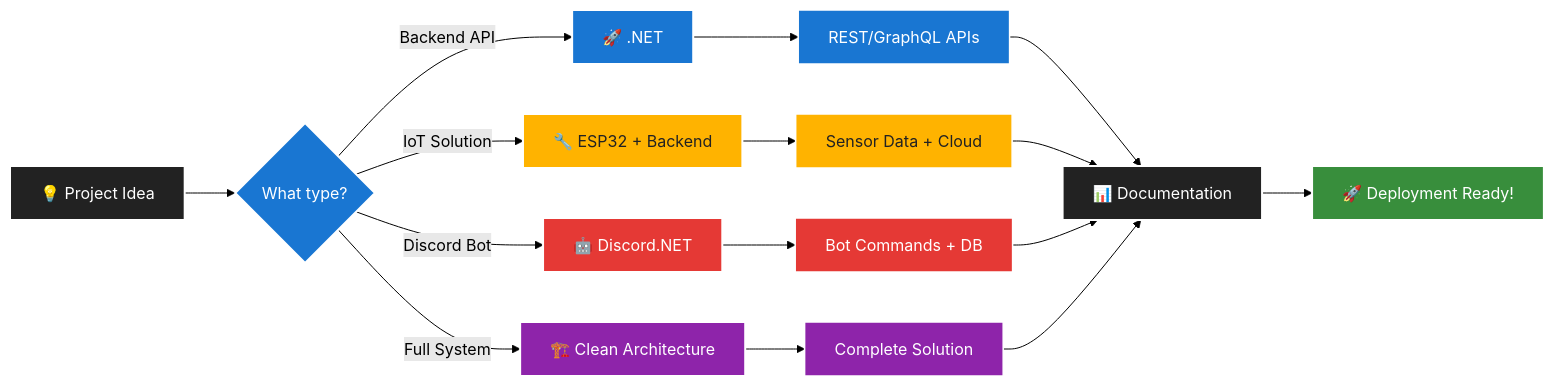
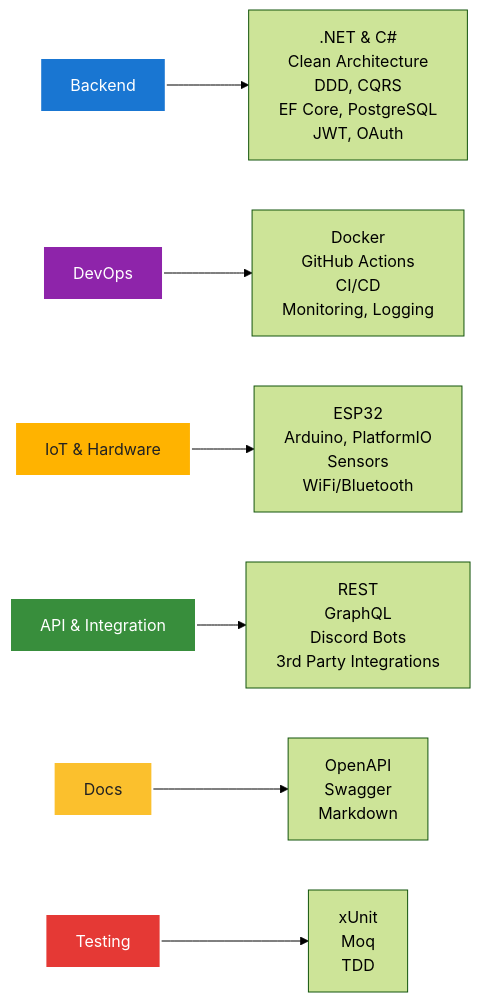
Before and after one commit to fpindej/fpindej: the second of 2 diagrams in README.md, drawn with Mermaid (forest theme). The commit also changed other lines of this file, not shown here.

````diff
--- a/README.md
+++ b/README.md
@@ -252,33 +42,21 @@
 ```mermaid
-flowchart LR
-    A[💡 Project Idea] --> B{What type?}
-    B -->|Backend API| C[🚀 .NET]
-    B -->|IoT Solution| D[🔧 ESP32 + Backend]
-    B -->|Discord Bot| E[🤖 Discord.NET]
-    B -->|Full System| F[🏗️ Clean Architecture]
-    
-    C --> G[REST/GraphQL APIs]
-    D --> H[Sensor Data + Cloud]
-    E --> I[Bot Commands + DB]
-    F --> J[Complete Solution]
-    
-    G --> K[📊 Documentation]
-    H --> K
-    I --> K
-    J --> K
-    
-    K --> L[🚀 Deployment Ready!]
-    
-    style A fill:#222,stroke:#fff,stroke-width:2px,color:#fff
-    style L fill:#388e3c,stroke:#fff,stroke-width:2px,color:#fff
-    style B fill:#1976d2,stroke:#fff,stroke-width:2px,color:#fff
-    style C fill:#1976d2,stroke:#fff,stroke-width:2px,color:#fff
-    style D fill:#ffb300,stroke:#fff,stroke-width:2px,color:#222
-    style E fill:#e53935,stroke:#fff,stroke-width:2px,color:#fff
-    style F fill:#8e24aa,stroke:#fff,stroke-width:2px,color:#fff
-    style G fill:#1976d2,stroke:#fff,stroke-width:1.5px,color:#fff
-    style H fill:#ffb300,stroke:#fff,stroke-width:1.5px,color:#222
-    style I fill:#e53935,stroke:#fff,stroke-width:1.5px,color:#fff
-    style J fill:#8e24aa,stroke:#fff,stroke-width:1.5px,color:#fff
-    style K fill:#222,stroke:#fff,stroke-width:2px,color:#fff
+graph LR
+    Backend[Backend]
+    DevOps[DevOps]
+    IoT[IoT & Hardware]
+    API[API & Integration]
+    Docs[Docs]
+    Testing[Testing]
+    Backend --> B[.NET & C#<br/>Clean Architecture<br/>DDD, CQRS<br/>EF Core, PostgreSQL<br/>JWT, OAuth]
+    DevOps --> D[Docker<br/>GitHub Actions<br/>CI/CD<br/>Monitoring, Logging]
+    IoT --> I[ESP32<br/>Arduino, PlatformIO<br/>Sensors<br/>WiFi/Bluetooth]
+    API --> A[REST<br/>GraphQL<br/>Discord Bots<br/>3rd Party Integrations]
+    Docs --> G[OpenAPI<br/>Swagger<br/>Markdown]
+    Testing --> T[xUnit<br/>Moq<br/>TDD]
+    style Backend fill:#1976d2,stroke:#fff,stroke-width:2px,color:#fff
+    style DevOps fill:#8e24aa,stroke:#fff,stroke-width:2px,color:#fff
+    style IoT fill:#ffb300,stroke:#fff,stroke-width:2px,color:#222
+    style API fill:#388e3c,stroke:#fff,stroke-width:2px,color:#fff
+    style Docs fill:#fbc02d,stroke:#fff,stroke-width:2px,color:#222
+    style Testing fill:#e53935,stroke:#fff,stroke-width:2px,color:#fff
 ```
````
